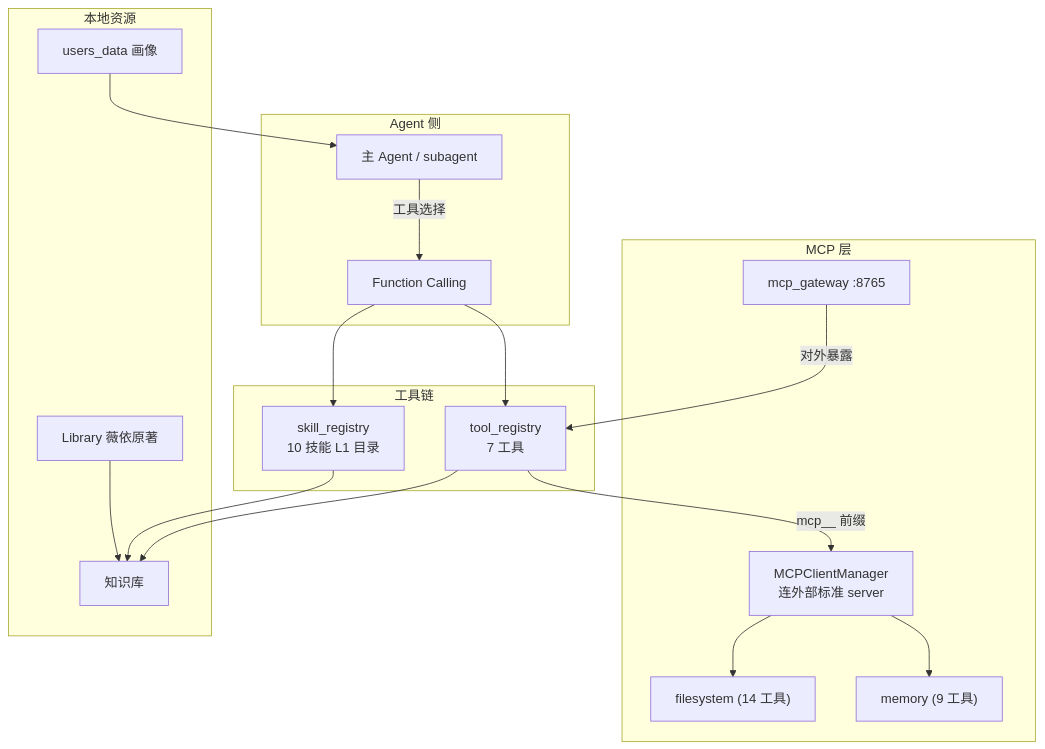
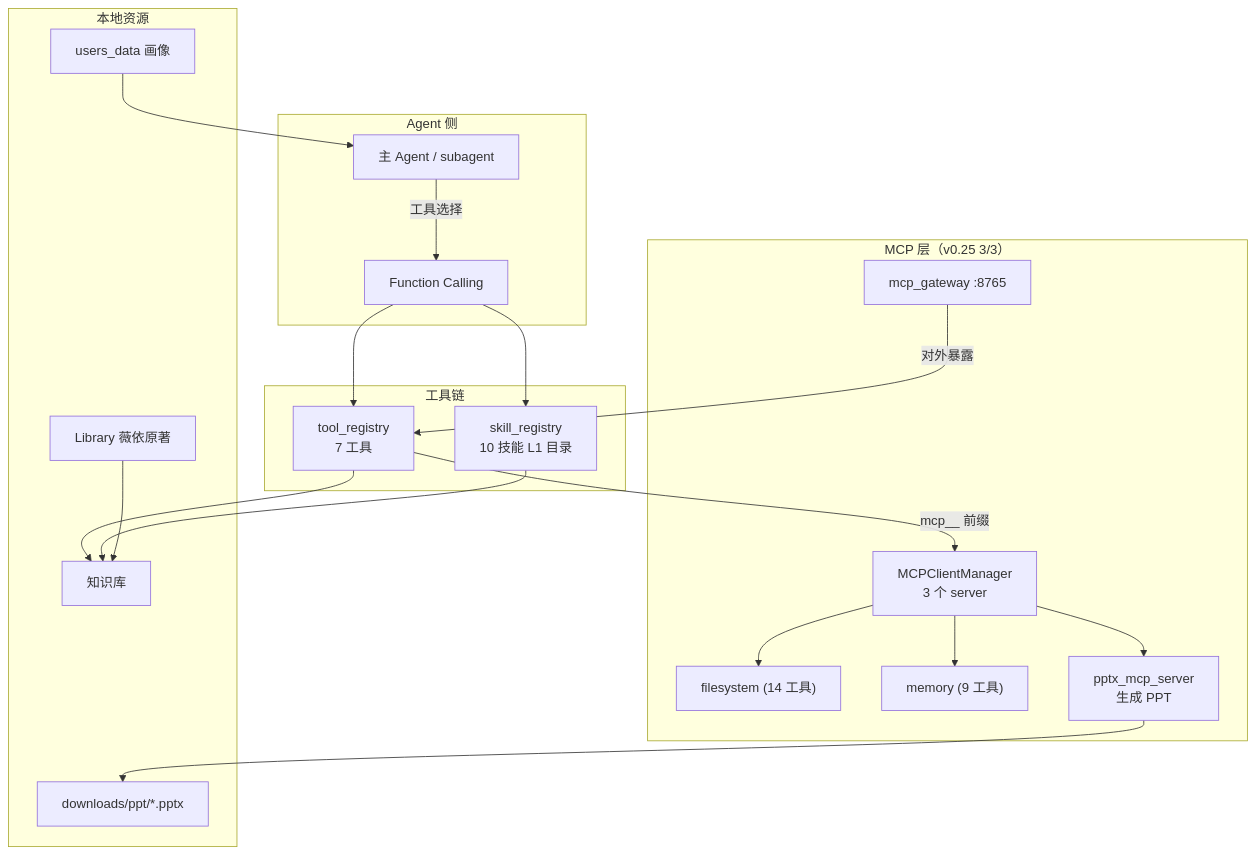
The eighth of 14 diagrams in PAEG技术全景文档.md (Golden2002/PAEG), drawn with Mermaid before and after one commit. The commit also changed other lines of this file, not shown here.

Commit message:
v0.25 文档更新：3 新学科+学段联动+PPT MCP+自我更新闭环 (PAEG技术全景文档.md)

````diff
--- a/PAEG技术全景文档.md
+++ b/PAEG技术全景文档.md
@@ -498,33 +504,37 @@
 ```mermaid
 flowchart TB
     subgraph AG["Agent 侧"]
         PAEG2["主 Agent / subagent"]
         FC["Function Calling"]
     end
     subgraph TL["工具链"]
         REG2["tool_registry<br/>7 工具"]
         SK2["skill_registry<br/>10 技能 L1 目录"]
     end
-    subgraph MP["MCP 层"]
-        MC2["MCPClientManager<br/>连外部标准 server"]
+    subgraph MP["MCP 层（v0.25 3/3）"]
+        MC2["MCPClientManager<br/>3 个 server"]
         FS["filesystem (14 工具)"]
         MM["memory (9 工具)"]
+        PX["pptx_mcp_server<br/>生成 PPT"]
         MG2["mcp_gateway :8765"]
     end
     subgraph LR2["本地资源"]
         KB2["知识库"]
         LIB2["Library 薇依原著"]
         USR2["users_data 画像"]
+        PPT["downloads/ppt/*.pptx"]
     end
     PAEG2 -->|"工具选择"| FC
     FC --> REG2
     FC --> SK2
     REG2 -->|"mcp__ 前缀"| MC2
     MC2 --> FS
     MC2 --> MM
+    MC2 --> PX
+    PX --> PPT
     MG2 -->|"对外暴露"| REG2
     REG2 --> KB2
     SK2 --> KB2
     LIB2 --> KB2
     USR2 --> PAEG2
 ```
````
